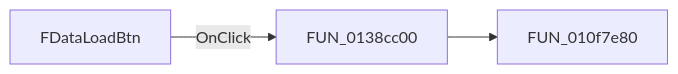
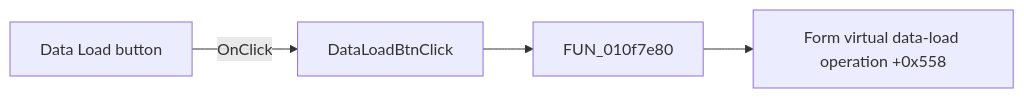
The diagram in docs/ui-controls/signalanalyzerwin/fdataloadbtn-857eec0342.md (MovGP0/TIARA), drawn with Mermaid before and after one commit. The commit also changed other lines of this file and 1062 other files, not shown here.

````diff
--- a/docs/ui-controls/signalanalyzerwin/fdataloadbtn-857eec0342.md
+++ b/docs/ui-controls/signalanalyzerwin/fdataloadbtn-857eec0342.md
@@ -27,5 +29,6 @@
 ```mermaid
 flowchart LR
-    control["FDataLoadBtn"] -->|OnClick| handler["FUN_0138cc00"]
-    handler --> call1["FUN_010f7e80"]
+    control["Data Load button"] -->|OnClick| handler["DataLoadBtnClick"]
+    handler --> wrapper["FUN_010f7e80"]
+    wrapper --> load["Form virtual data-load operation +0x558"]
 ```
````
